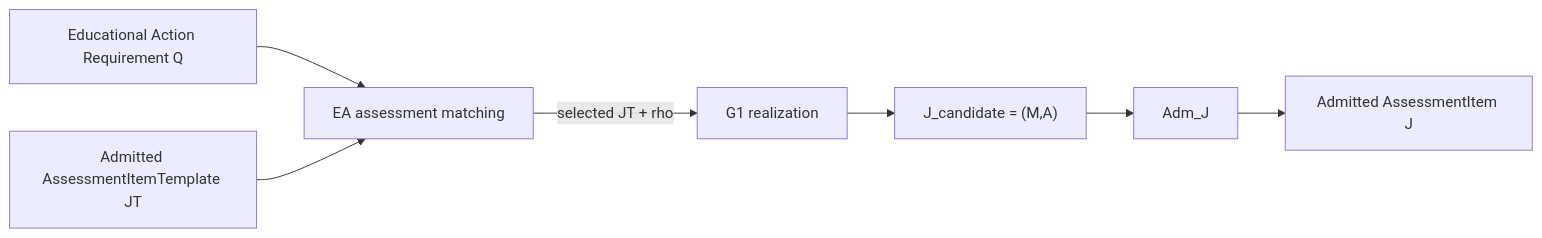
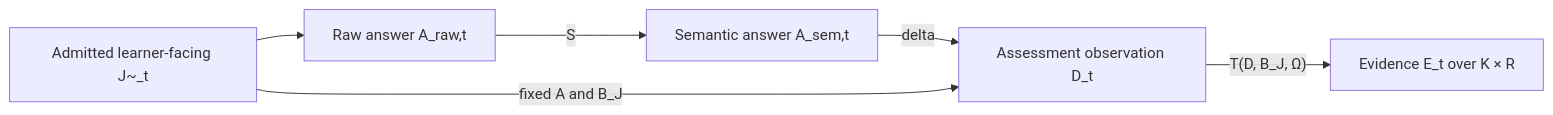
Before and after one commit to thatao72/three-twin-docs: the fifth of 7 diagrams in content/architecture.md, drawn with Mermaid. The commit also changed other lines of this file, not shown here.

Commit message:
Rewrite architecture overview for current mathematical model

````diff
--- a/content/architecture.md
+++ b/content/architecture.md
@@ -333,15 +385,14 @@
 ```mermaid
 flowchart LR
-    Q["Educational Action Requirement Q"]
-    M["EA assessment matching"]
-    JT["Admitted AssessmentItemTemplate JT"]
-    G1["G1 realization"]
-    JC["J_candidate = (M,A)"]
-    ADM["Adm_J"]
-    J["Admitted AssessmentItem J"]
+    JT["Admitted learner-facing J~_t"]
+    AR["Raw answer A_raw,t"]
+    AS["Semantic answer A_sem,t"]
+    D["Assessment observation D_t"]
+    E["Evidence E_t over K × R"]
 
-    Q --> M
-    JT --> M
-    M -->|"selected JT + rho"| G1
-    G1 --> JC --> ADM --> J
+    JT --> AR
+    AR -->|"S"| AS
+    AS -->|"delta"| D
+    JT -->|"fixed A and B_J"| D
+    D -->|"T(D, B_J, Ω)"| E
 ```
````
